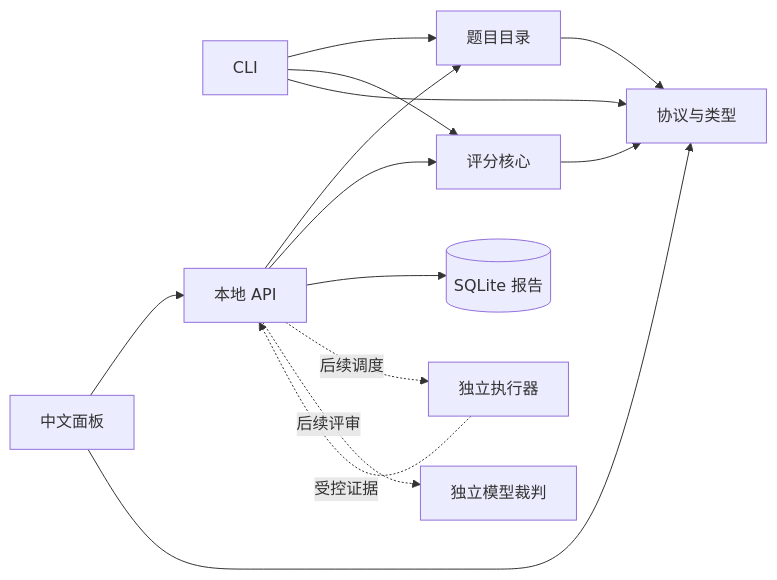
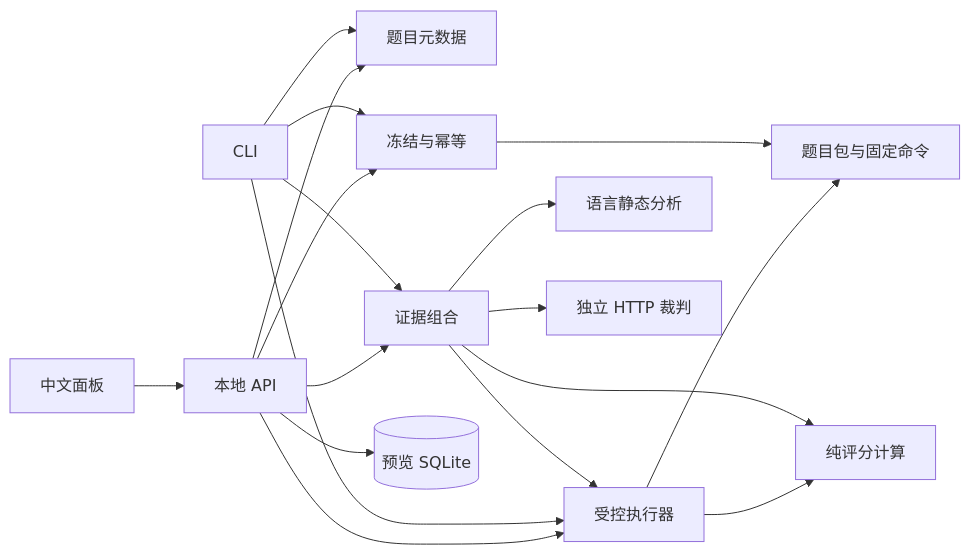
Before and after one commit to Aa728848/Forever_Skywalker_AI_Benchmark: the diagram in docs/architecture.md, drawn with Mermaid. The commit also changed other lines of this file and 666 other files, not shown here.

````diff
--- a/docs/architecture.md
+++ b/docs/architecture.md
@@ -26,16 +21,20 @@
 ```mermaid
 flowchart LR
-  CLI[CLI] --> Catalog[题目目录]
-  CLI --> Core[评分核心]
   Web[中文面板] --> API[本地 API]
-  API --> Catalog
-  API --> Core
-  API --> DB[(SQLite 报告)]
-  CLI --> Contracts[协议与类型]
-  Web --> Contracts
-  Catalog --> Contracts
-  Core --> Contracts
-  API -. 后续调度 .-> Runner[独立执行器]
-  Runner -. 受控证据 .-> API
-  API -. 后续评审 .-> Judge[独立模型裁判]
+  API --> Catalog[题目元数据]
+  CLI[CLI] --> Catalog
+  API --> Runs[冻结与幂等]
+  CLI --> Runs
+  API --> Executor[受控执行器]
+  CLI --> Executor
+  API --> Evaluation[证据组合]
+  CLI --> Evaluation
+  Evaluation --> Static[语言静态分析]
+  Evaluation --> Judge[独立 HTTP 裁判]
+  Evaluation --> Executor
+  Executor --> Core[纯评分计算]
+  Evaluation --> Core
+  Executor --> Tasks[题目包与固定命令]
+  Runs --> Tasks
+  API --> SQLite[(预览 SQLite)]
 ```
````
